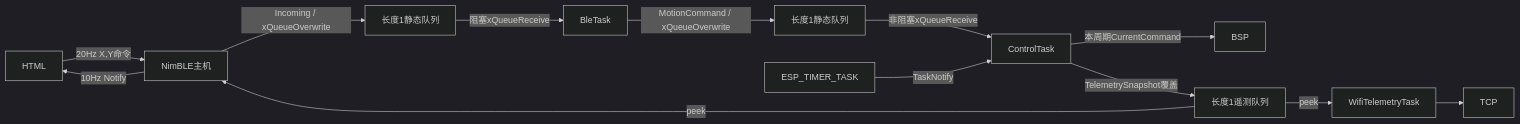
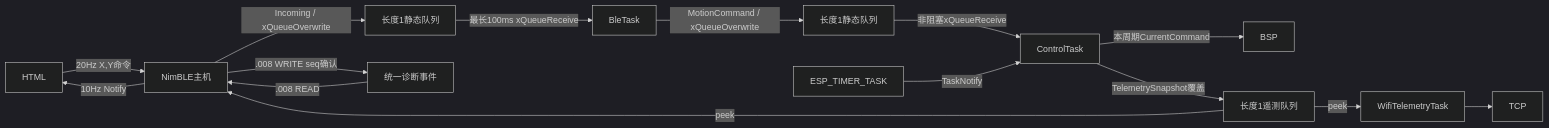
One commit to welldone987/FOC_ESPIDF_balance_vehicle changed the fifth of 5 diagrams in docs/ADR-docs/architecture.md. Above: the diagram before and after it, drawn with Mermaid (dark theme). The commit also changed other lines of this file and 14 other files, not shown here.

````diff
--- a/docs/ADR-docs/architecture.md
+++ b/docs/ADR-docs/architecture.md
@@ -542,15 +544,17 @@
 ```mermaid
 flowchart LR
     HTML -->|20Hz X,Y命令| Host[NimBLE主机]
     Host -->|Incoming / xQueueOverwrite| Raw[长度1静态队列]
-    Raw -->|阻塞xQueueReceive| BLE[BleTask]
+    Raw -->|最长100ms xQueueReceive| BLE[BleTask]
     BLE -->|MotionCommand / xQueueOverwrite| Cmd[长度1静态队列]
     Cmd -->|非阻塞xQueueReceive| Control[ControlTask]
     Timer[ESP_TIMER_TASK] -->|TaskNotify| Control
     Control -->|本周期CurrentCommand| Motor[BSP]
     Control -->|TelemetrySnapshot覆盖| Telemetry[长度1遥测队列]
     Telemetry -->|peek| Host
     Host -->|10Hz Notify| HTML
+    Diag[统一诊断事件] -->|.008 READ| Host
+    Host -->|.008 WRITE seq确认| Diag
     Telemetry -->|peek| Wifi[WifiTelemetryTask]
     Wifi --> TCP
 ```
````
